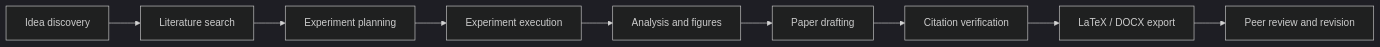
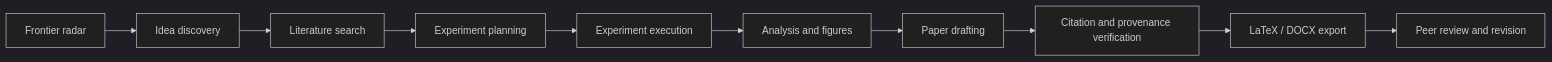
Before and after one commit to fengmo11/awesome-paper-research-skills: the diagram in README.md, drawn with Mermaid (dark theme). The commit also changed other lines of this file and 16 other files, not shown here.

````diff
--- a/README.md
+++ b/README.md
@@ -40,11 +51,12 @@
 ```mermaid
 flowchart LR
-  A["Idea discovery"] --> B["Literature search"]
-  B --> C["Experiment planning"]
-  C --> D["Experiment execution"]
-  D --> E["Analysis and figures"]
-  E --> F["Paper drafting"]
-  F --> G["Citation verification"]
-  G --> H["LaTeX / DOCX export"]
-  H --> I["Peer review and revision"]
+  A["Frontier radar"] --> B["Idea discovery"]
+  B --> C["Literature search"]
+  C --> D["Experiment planning"]
+  D --> E["Experiment execution"]
+  E --> F["Analysis and figures"]
+  F --> G["Paper drafting"]
+  G --> H["Citation and provenance verification"]
+  H --> I["LaTeX / DOCX export"]
+  I --> J["Peer review and revision"]
 ```
````
